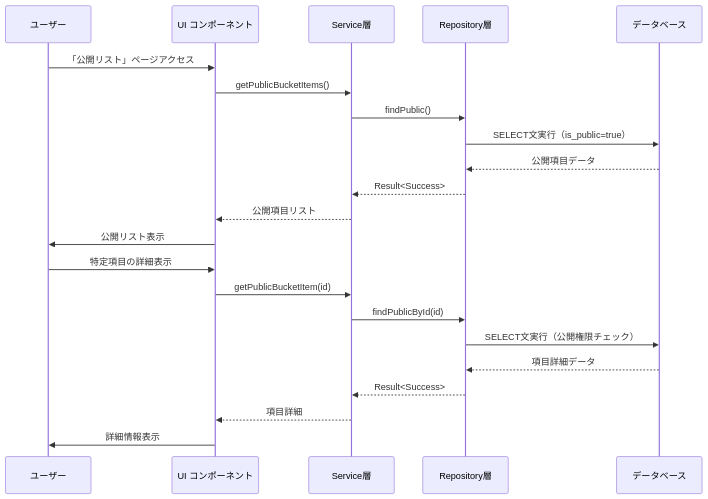
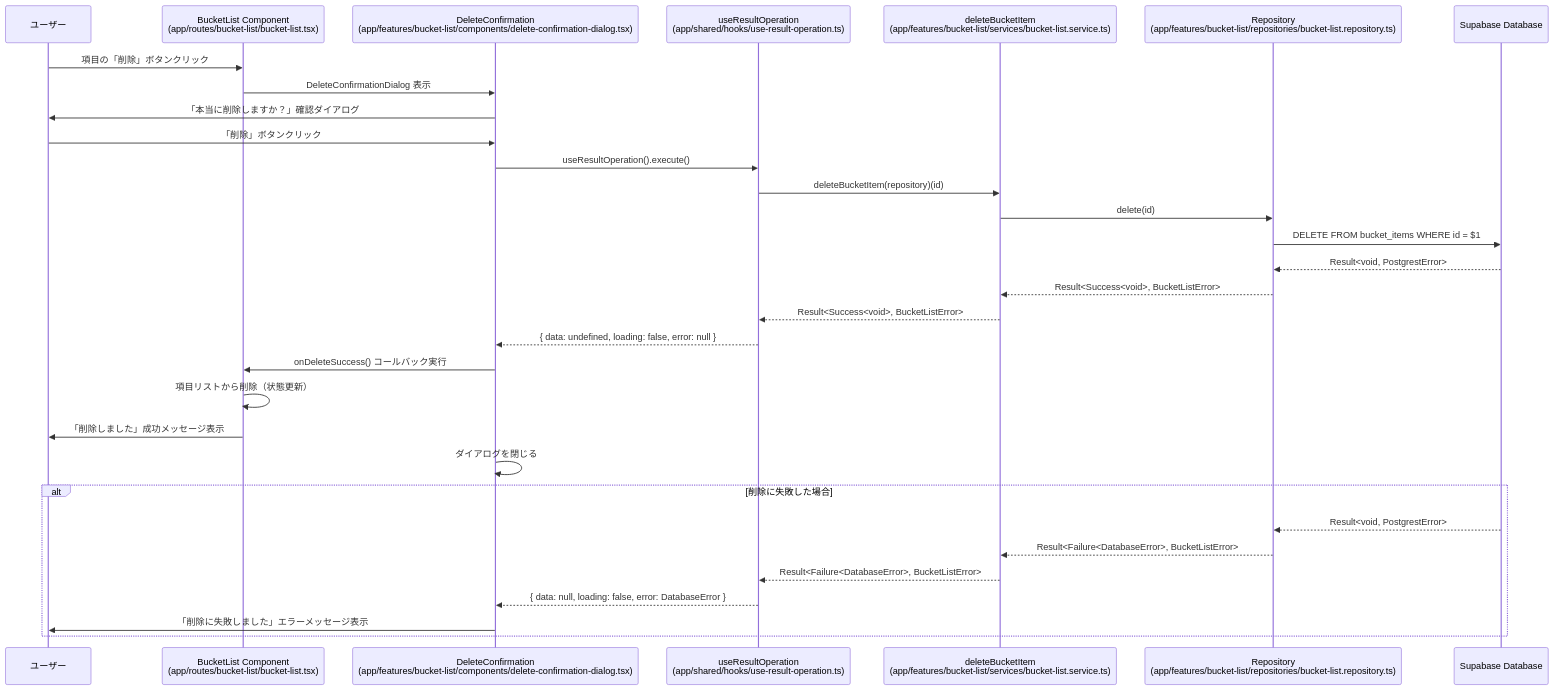
One commit to stopod/bucket-list-app changed the fifth of 7 diagrams in docs/development/user-flow-sequence-diagrams.md. Above: the diagram before and after it, drawn with Mermaid. The commit also changed other lines of this file, not shown here.

First line of the commit message:
feat: シーケンス図の詳細化完了 - 開発者向け実装詳細追加

````diff
--- a/docs/development/user-flow-sequence-diagrams.md
+++ b/docs/development/user-flow-sequence-diagrams.md
@@ -194,26 +243,36 @@
 ```mermaid
 sequenceDiagram
     participant User as ユーザー
-    participant UI as UI コンポーネント
-    participant Service as Service層
-    participant Repository as Repository層
-    participant DB as データベース
+    participant List as BucketList Component<br/>(app/routes/bucket-list/bucket-list.tsx)
+    participant Dialog as DeleteConfirmation<br/>(app/features/bucket-list/components/delete-confirmation-dialog.tsx)
+    participant Hook as useResultOperation<br/>(app/shared/hooks/use-result-operation.ts)
+    participant Service as deleteBucketItem<br/>(app/features/bucket-list/services/bucket-list.service.ts)
+    participant Repo as Repository<br/>(app/features/bucket-list/repositories/bucket-list.repository.ts)
+    participant DB as Supabase Database
 
-    User->>UI: 「公開リスト」ページアクセス
-    UI->>Service: getPublicBucketItems()
-    Service->>Repository: findPublic()
-    Repository->>DB: SELECT文実行（is_public=true）
-    DB-->>Repository: 公開項目データ
-    Repository-->>Service: Result<Success>
-    Service-->>UI: 公開項目リスト
-    UI->>User: 公開リスト表示
+    User->>List: 項目の「削除」ボタンクリック
+    List->>Dialog: DeleteConfirmationDialog 表示
+    Dialog->>User: 「本当に削除しますか？」確認ダイアログ
+    User->>Dialog: 「削除」ボタンクリック
     
-    User->>UI: 特定項目の詳細表示
-    UI->>Service: getPublicBucketItem(id)
-    Service->>Repository: findPublicById(id)
-    Repository->>DB: SELECT文実行（公開権限チェック）
-    DB-->>Repository: 項目詳細データ
-    Repository-->>Service: Result<Success>
-    Service-->>UI: 項目詳細
-    UI->>User: 詳細情報表示
+    Dialog->>Hook: useResultOperation().execute()
+    Hook->>Service: deleteBucketItem(repository)(id)
+    Service->>Repo: delete(id)
+    Repo->>DB: DELETE FROM bucket_items WHERE id = $1
+    DB-->>Repo: Result<void, PostgrestError>
+    Repo-->>Service: Result<Success<void>, BucketListError>
+    Service-->>Hook: Result<Success<void>, BucketListError>
+    Hook-->>Dialog: { data: undefined, loading: false, error: null }
+    Dialog->>List: onDeleteSuccess() コールバック実行
+    List->>List: 項目リストから削除（状態更新）
+    List->>User: 「削除しました」成功メッセージ表示
+    Dialog->>Dialog: ダイアログを閉じる
+    
+    alt 削除に失敗した場合
+        DB-->>Repo: Result<void, PostgrestError>
+        Repo-->>Service: Result<Failure<DatabaseError>, BucketListError>
+        Service-->>Hook: Result<Failure<DatabaseError>, BucketListError>
+        Hook-->>Dialog: { data: null, loading: false, error: DatabaseError }
+        Dialog->>User: 「削除に失敗しました」エラーメッセージ表示
+    end
 ```
````
